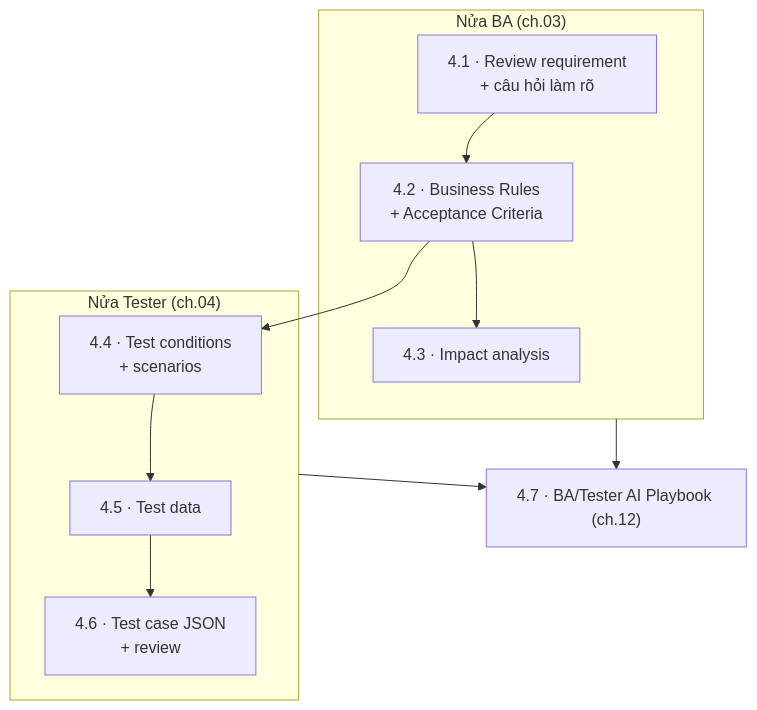
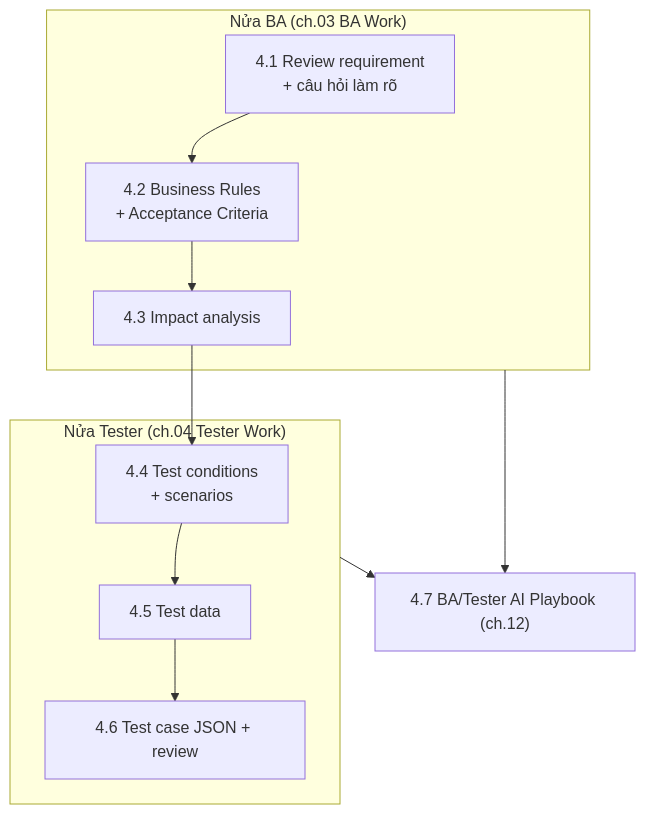
One commit to heino-labs/gen-ai-labs changed the second of 6 diagrams in docs/curriculum/MODULE-04-ai-for-ba-tester.md. Above: the diagram before and after it, drawn with Mermaid. The commit also changed other lines of this file and 10 other files, not shown here.

Commit message:
Refactor MODULE-09-capstone.md and README.md for clarity and structure; enhance narrative flow and emphasize evidence-based learning in AI testing curriculum.

````diff
--- a/docs/curriculum/MODULE-04-ai-for-ba-tester.md
+++ b/docs/curriculum/MODULE-04-ai-for-ba-tester.md
@@ -47,18 +42,16 @@
 ```mermaid
 flowchart TD
-    subgraph BA["Nửa BA (ch.03)"]
-        B1["4.1 · Review requirement<br/>+ câu hỏi làm rõ"]
-        B2["4.2 · Business Rules<br/>+ Acceptance Criteria"]
-        B3["4.3 · Impact analysis"]
+    subgraph BA["Nửa BA (ch.03 BA Work)"]
+        B1["4.1 Review requirement<br/>+ câu hỏi làm rõ"]
+        B2["4.2 Business Rules<br/>+ Acceptance Criteria"]
+        B3["4.3 Impact analysis"]
     end
-    subgraph TEST["Nửa Tester (ch.04)"]
-        T1["4.4 · Test conditions<br/>+ scenarios"]
-        T2["4.5 · Test data"]
-        T3["4.6 · Test case JSON<br/>+ review"]
+    subgraph TEST["Nửa Tester (ch.04 Tester Work)"]
+        T1["4.4 Test conditions<br/>+ scenarios"]
+        T2["4.5 Test data"]
+        T3["4.6 Test case JSON + review"]
     end
-    B1 --> B2 --> B3
-    B2 --> T1
-    T1 --> T2 --> T3
-    BA --> OUT["4.7 · BA/Tester AI Playbook (ch.12)"]
+    B1 --> B2 --> B3 --> T1 --> T2 --> T3
+    BA --> OUT["4.7 BA/Tester AI Playbook (ch.12)"]
     TEST --> OUT
 ```
````
